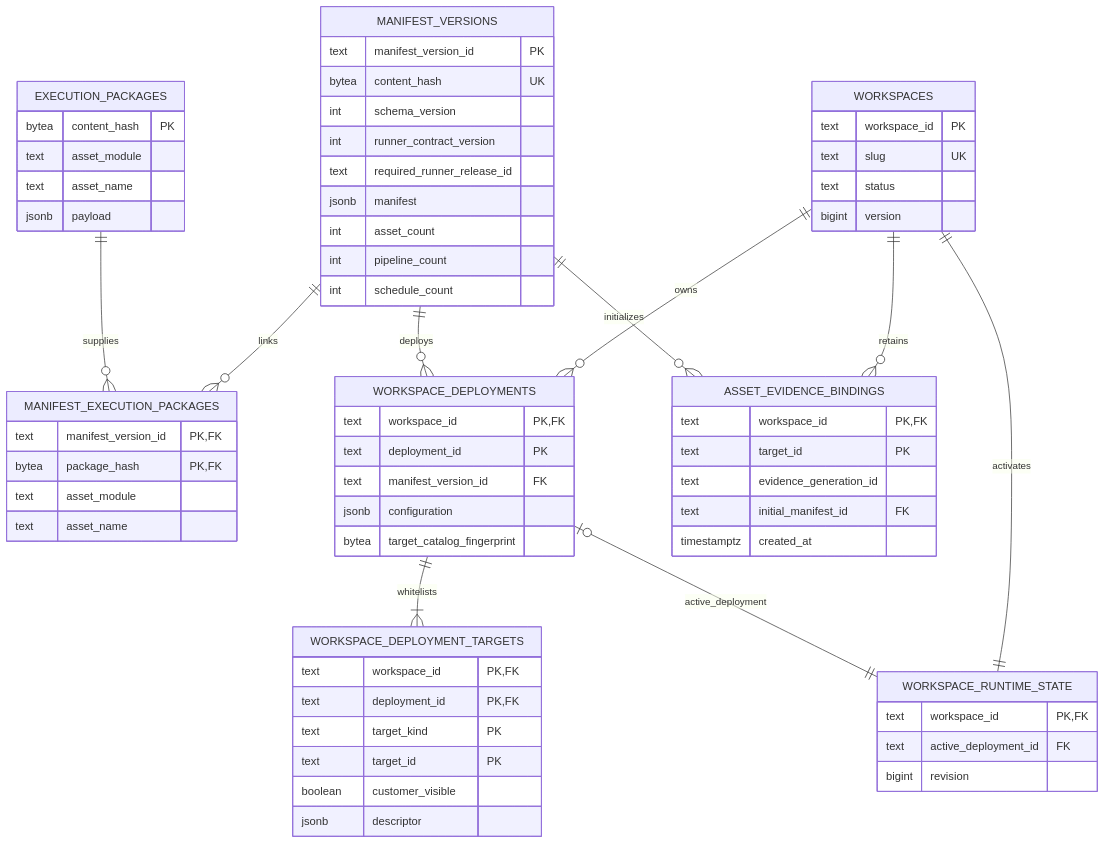
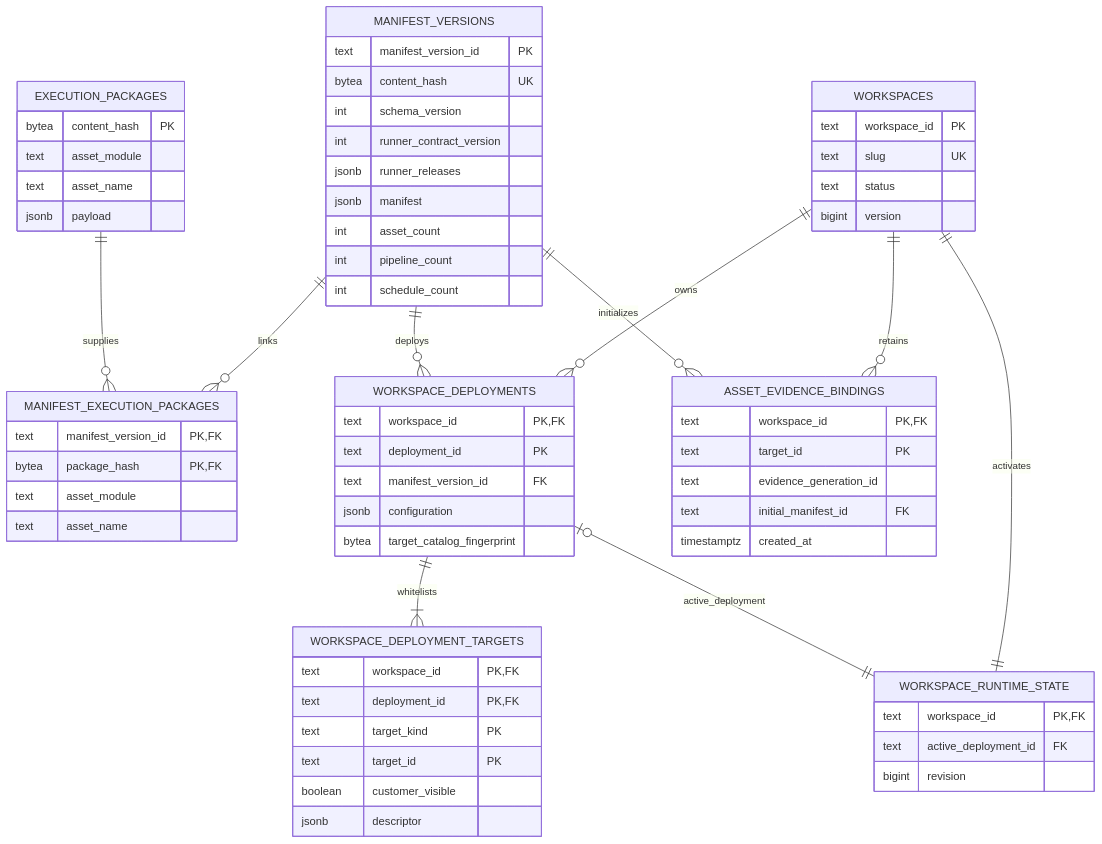
Before and after one commit to eirhop/favn: the first of 4 diagrams in docs/storage/postgresql/data-model.md, drawn with Mermaid. The commit also changed other lines of this file and 233 other files, not shown here.

````diff
--- a/docs/storage/postgresql/data-model.md
+++ b/docs/storage/postgresql/data-model.md
@@ -14,69 +14,69 @@
 ```mermaid
 erDiagram
     WORKSPACES {
         text workspace_id PK
         text slug UK
         text status
         bigint version
     }
     MANIFEST_VERSIONS {
         text manifest_version_id PK
         bytea content_hash UK
         int schema_version
         int runner_contract_version
-        text required_runner_release_id
+        jsonb runner_releases
         jsonb manifest
         int asset_count
         int pipeline_count
         int schedule_count
     }
     EXECUTION_PACKAGES {
         bytea content_hash PK
         text asset_module
         text asset_name
         jsonb payload
     }
     MANIFEST_EXECUTION_PACKAGES {
         text manifest_version_id PK, FK
         bytea package_hash PK, FK
         text asset_module
         text asset_name
     }
     WORKSPACE_DEPLOYMENTS {
         text workspace_id PK, FK
         text deployment_id PK
         text manifest_version_id FK
         jsonb configuration
         bytea target_catalog_fingerprint
     }
     WORKSPACE_DEPLOYMENT_TARGETS {
         text workspace_id PK, FK
         text deployment_id PK, FK
         text target_kind PK
         text target_id PK
         boolean customer_visible
         jsonb descriptor
     }
     WORKSPACE_RUNTIME_STATE {
         text workspace_id PK, FK
         text active_deployment_id FK
         bigint revision
     }
     ASSET_EVIDENCE_BINDINGS {
         text workspace_id PK, FK
         text target_id PK
         text evidence_generation_id
         text initial_manifest_id FK
         timestamptz created_at
     }
 
     MANIFEST_VERSIONS ||--o{ MANIFEST_EXECUTION_PACKAGES : links
     EXECUTION_PACKAGES ||--o{ MANIFEST_EXECUTION_PACKAGES : supplies
     WORKSPACES ||--o{ WORKSPACE_DEPLOYMENTS : owns
     MANIFEST_VERSIONS ||--o{ WORKSPACE_DEPLOYMENTS : deploys
     WORKSPACE_DEPLOYMENTS ||--|{ WORKSPACE_DEPLOYMENT_TARGETS : whitelists
     WORKSPACES ||--|| WORKSPACE_RUNTIME_STATE : activates
     WORKSPACE_DEPLOYMENTS o|--|| WORKSPACE_RUNTIME_STATE : active_deployment
     WORKSPACES ||--o{ ASSET_EVIDENCE_BINDINGS : retains
     MANIFEST_VERSIONS ||--o{ ASSET_EVIDENCE_BINDINGS : initializes
 ```
````
